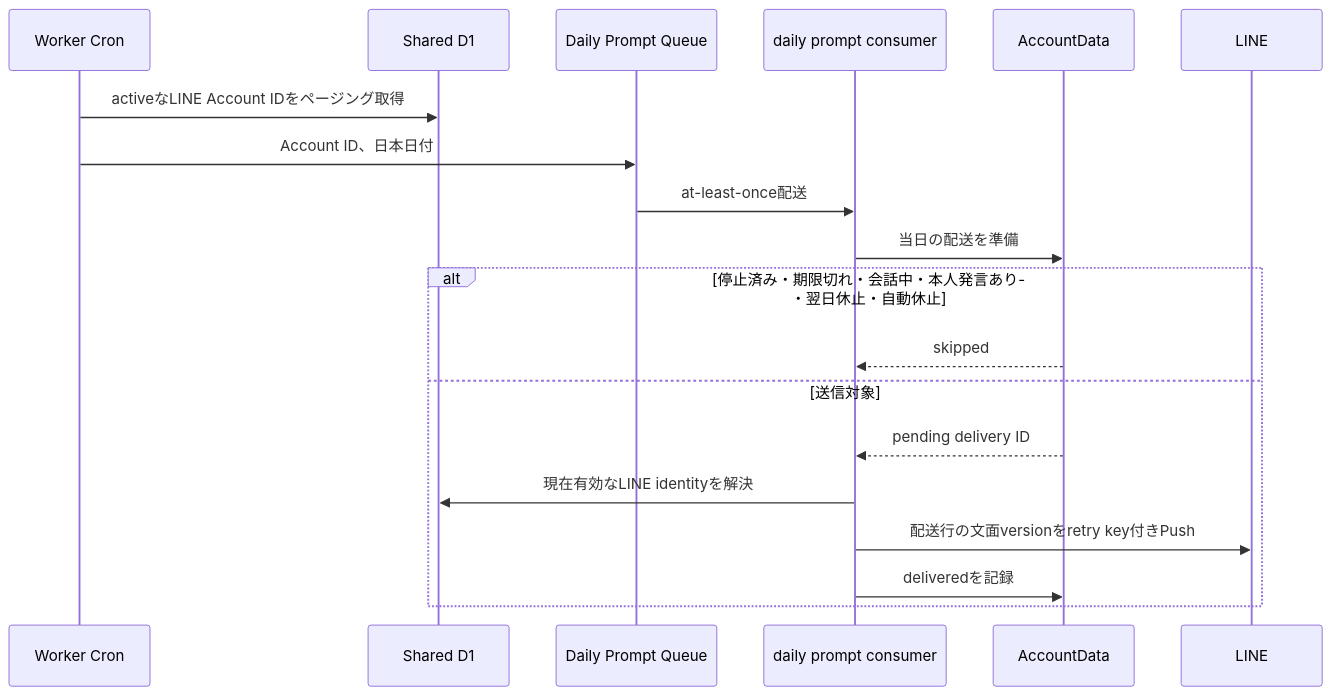
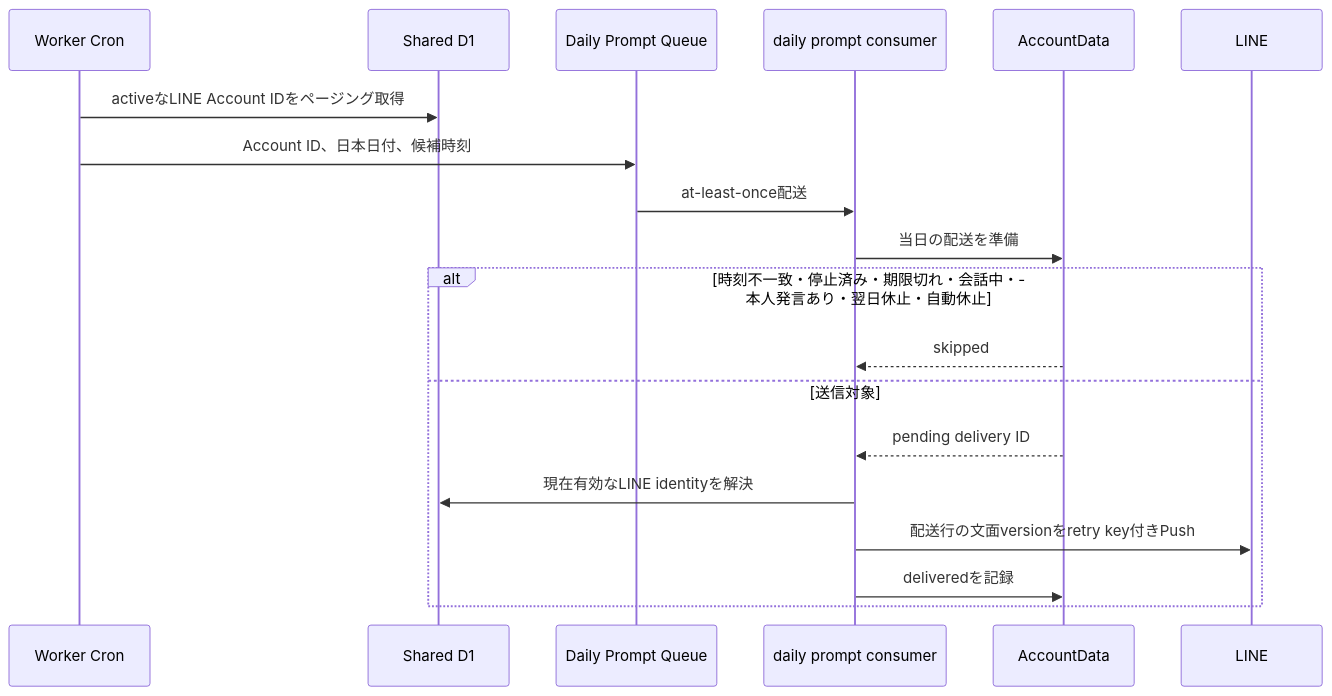
Before and after one commit to kkyosuke/me-builder: the third of 10 diagrams in docs/architecture/diary-chat-implementation-design.md, drawn with Mermaid. The commit also changed other lines of this file and 29 other files, not shown here.

````diff
--- a/docs/architecture/diary-chat-implementation-design.md
+++ b/docs/architecture/diary-chat-implementation-design.md
@@ -147,21 +147,21 @@
 ```mermaid
 sequenceDiagram
     participant C as Worker Cron
     participant D1 as Shared D1
     participant Q as Daily Prompt Queue
     participant W as daily prompt consumer
     participant AD as AccountData
     participant L as LINE
     C->>D1: activeなLINE Account IDをページング取得
-    C->>Q: Account ID、日本日付
+    C->>Q: Account ID、日本日付、候補時刻
     Q->>W: at-least-once配送
     W->>AD: 当日の配送を準備
-    alt 停止済み・期限切れ・会話中・本人発言あり・翌日休止・自動休止
+    alt 時刻不一致・停止済み・期限切れ・会話中・本人発言あり・翌日休止・自動休止
         AD-->>W: skipped
     else 送信対象
         AD-->>W: pending delivery ID
         W->>D1: 現在有効なLINE identityを解決
         W->>L: 配送行の文面versionをretry key付きPush
         W->>AD: deliveredを記録
     end
 ```
````
